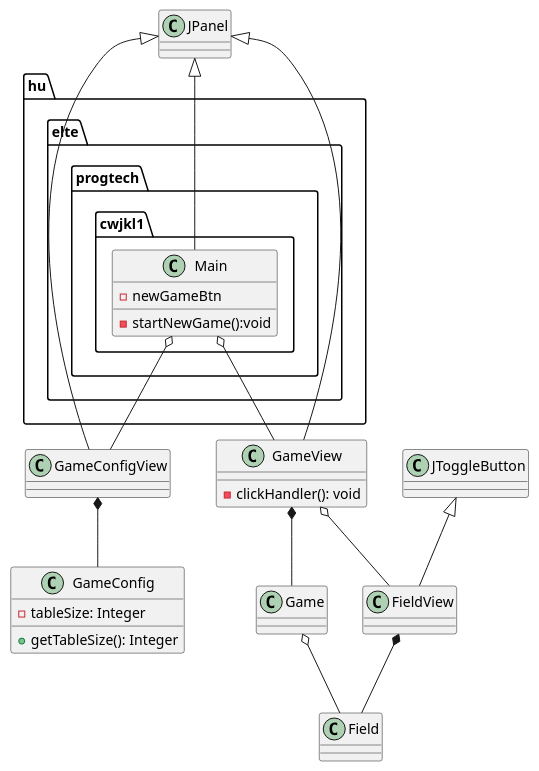
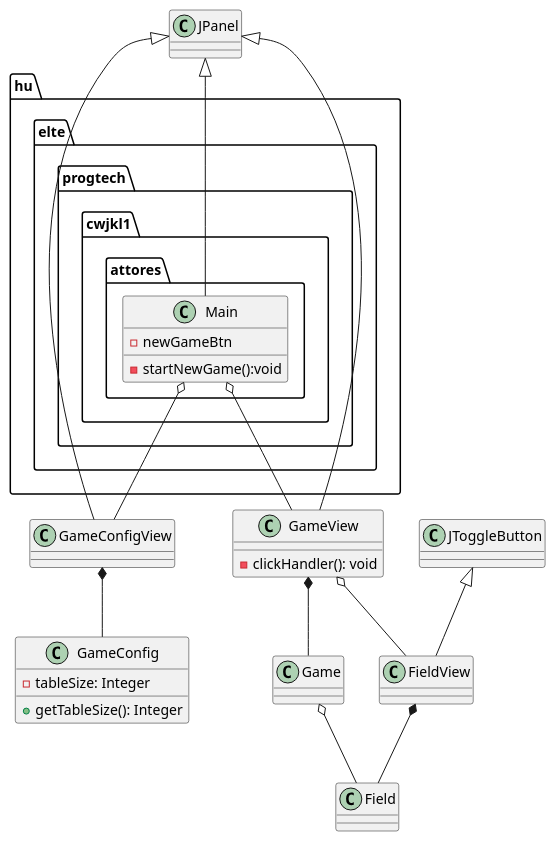
The third of 3 diagrams in README.org (neilus/2nd_bead), drawn with PlantUML before and after one commit. The commit also changed 13 other files, not shown here.

```diff
--- a/README.org
+++ b/README.org
@@ -103,35 +103,35 @@
 #+begin_src plantuml :file img/class_diargamm.png :exports results
 @startuml
 
-class hu.elte.progtech.cwjkl1.Main {
+class hu.elte.progtech.cwjkl1.attores.Main {
  - newGameBtn
  - startNewGame():void
 }
 
 class GameConfigView
 class GameConfig {
  + getTableSize(): Integer
  - tableSize: Integer
 }
 class GameView {
  - clickHandler(): void
 }
 class Game
 class FieldView
 class Field
 
 JToggleButton <|-- FieldView
 JPanel <|-- GameView
 JPanel <|-- GameConfigView
-JPanel <|-- hu.elte.progtech.cwjkl1.Main
+JPanel <|-- hu.elte.progtech.cwjkl1.attores.Main
 
-hu.elte.progtech.cwjkl1.Main o--  GameConfigView
-hu.elte.progtech.cwjkl1.Main o--  GameView
+hu.elte.progtech.cwjkl1.attores.Main o--  GameConfigView
+hu.elte.progtech.cwjkl1.attores.Main o--  GameView
 Game o-- Field
 GameView o-- FieldView
 FieldView *-- Field
 GameConfigView *-- GameConfig
 GameView *-- Game
 
 @enduml
 #+end_src
```
